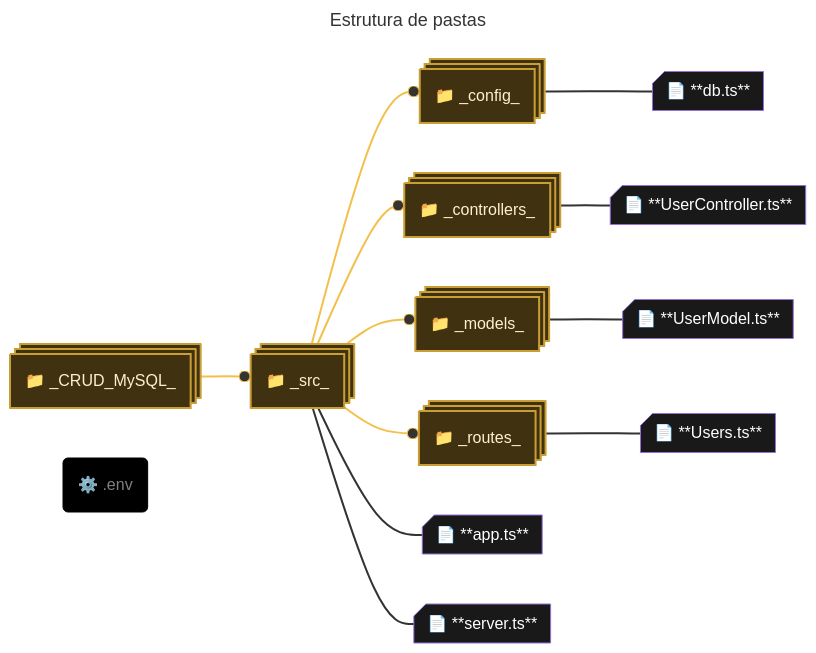
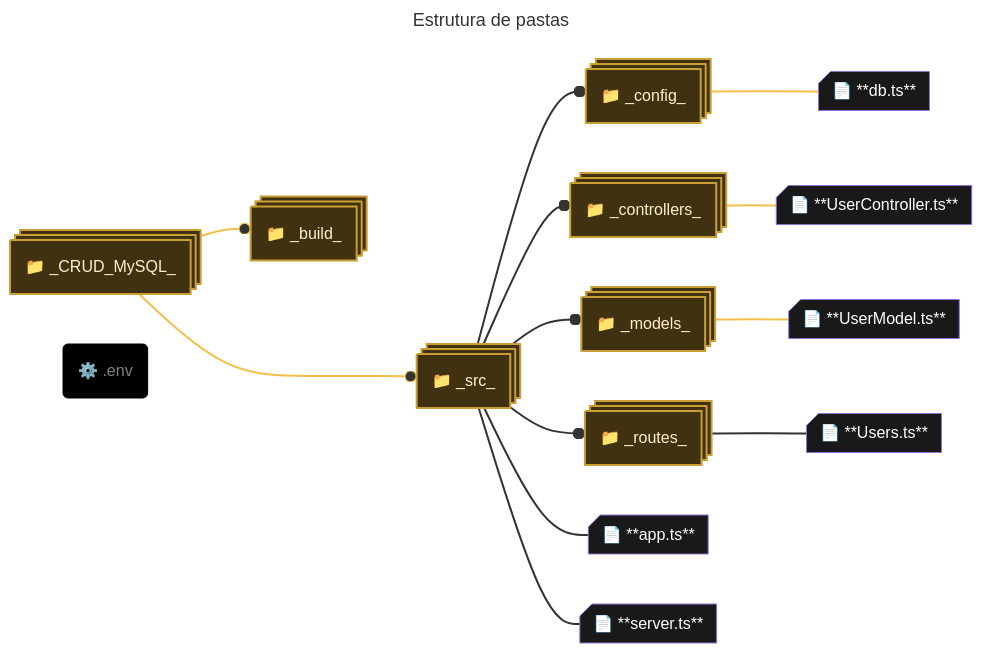
The diagram in README.md (henrygoncalvess/CRUD_MySQL), drawn with Mermaid before and after one commit. The commit also changed 1 other file, not shown here.

Commit message:
pasta build visível, mermaid.js atualizado

````diff
--- a/README.md
+++ b/README.md
@@ -42,51 +42,53 @@
 ``` mermaid
 ---
 title:  Estrutura de pastas
 ---
 flowchart LR
     crud("📁 _CRUD_MySQL_")@{ shape: processes }
-    crud --o src("📁 _src_")@{ shape: processes }
+    crud --o build("📁 _build_")@{ shape: processes }
+    crud ---o src("📁 _src_")@{ shape: processes }
     src --o config("📁 _config_")@{ shape: processes }
     config --- db.ts("📄 **db.ts**")@{ shape: card }
     src --o controllers("📁 _controllers_")@{ shape: processes }
     controllers --- UserController.ts("📄 **UserController.ts**")@{ shape: card }
     src --o models("📁 _models_")@{ shape: processes }
     models --- UserModel.ts("📄 **UserModel.ts**")@{ shape: card }
     src --o routes("📁 _routes_")@{ shape: processes }
     routes --- Users.ts("📄 **Users.ts**")@{ shape: card }
     src --- app.ts("📄 **app.ts**")@{ shape: card }
     src --- server.ts("📄 **server.ts**")@{ shape: card }
     env("⚙️ .env")
 
     %%CLASSES
     classDef default fill:#191919,color:white;
     
     classDef pasta fill:#403211,stroke:#c99e34,stroke-width:2px,color:#fff1cc;
     classDef envStyle fill:#000000,stroke:#000000,color:gray;
 
     %%aplicação de classes
-    class crud,src,config,controllers,models,routes pasta
+    class crud,src,config,controllers,models,routes,build pasta
     class env envStyle
 
 
 
     %%LINKS
     
     %%pastas
     linkStyle 0,1,3,5,7 stroke:#f2c04b
 
     %%arquivos
     linkStyle default stroke-width:2px;
 
+    click build "https://github.com/henrygoncalvess/CRUD_MySQL/tree/main/build"
     click src "https://github.com/henrygoncalvess/CRUD_MySQL/tree/main/src"
     click config "https://github.com/henrygoncalvess/CRUD_MySQL/tree/main/src/config"
     click db.ts "https://github.com/henrygoncalvess/CRUD_MySQL/tree/main/src/config/db.ts"
     click controllers "https://github.com/henrygoncalvess/CRUD_MySQL/tree/main/src/controllers"
     click UserController.ts "https://github.com/henrygoncalvess/CRUD_MySQL/tree/main/src/controllers/UserController.ts"
     click models "https://github.com/henrygoncalvess/CRUD_MySQL/tree/main/src/models"
     click UserModel.ts "https://github.com/henrygoncalvess/CRUD_MySQL/tree/main/src/models/UserModel.ts"
     click routes "https://github.com/henrygoncalvess/CRUD_MySQL/tree/main/src/routes"
     click Users.ts "https://github.com/henrygoncalvess/CRUD_MySQL/tree/main/src/routes/Users.ts"
     click app.ts "https://github.com/henrygoncalvess/CRUD_MySQL/tree/main/src/app.ts"
     click server.ts "https://github.com/henrygoncalvess/CRUD_MySQL/tree/main/src/server.ts"
 ```
````
